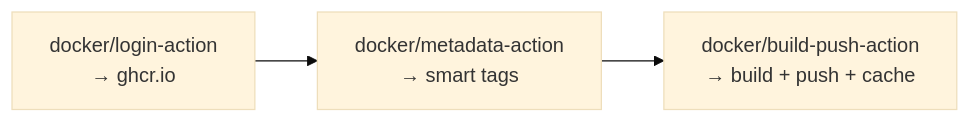
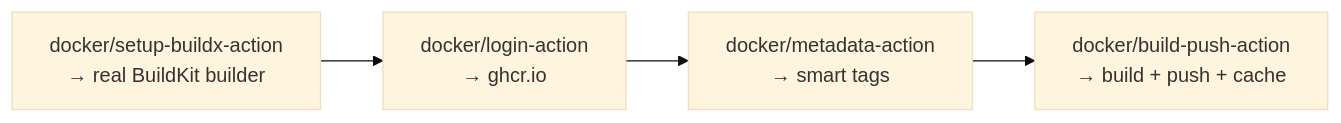
Diagram 19 of 20 in README.md (Prasanna-Cloudengineer/GithubActions), drawn with Mermaid (base theme) before and after one commit. The commit also changed other lines of this file and 3 other files, not shown here.

First line of the commit message:
Fix GHCR build: add setup-buildx-action; Day 5 tweaks

````diff
--- a/README.md
+++ b/README.md
@@ -1416,4 +1416,4 @@
 ```mermaid
 flowchart LR
-    L["docker/login-action<br/>→ ghcr.io"] --> M["docker/metadata-action<br/>→ smart tags"] --> B["docker/build-push-action<br/>→ build + push + cache"]
+    X["docker/setup-buildx-action<br/>→ real BuildKit builder"] --> L["docker/login-action<br/>→ ghcr.io"] --> M["docker/metadata-action<br/>→ smart tags"] --> B["docker/build-push-action<br/>→ build + push + cache"]
 ```
````
